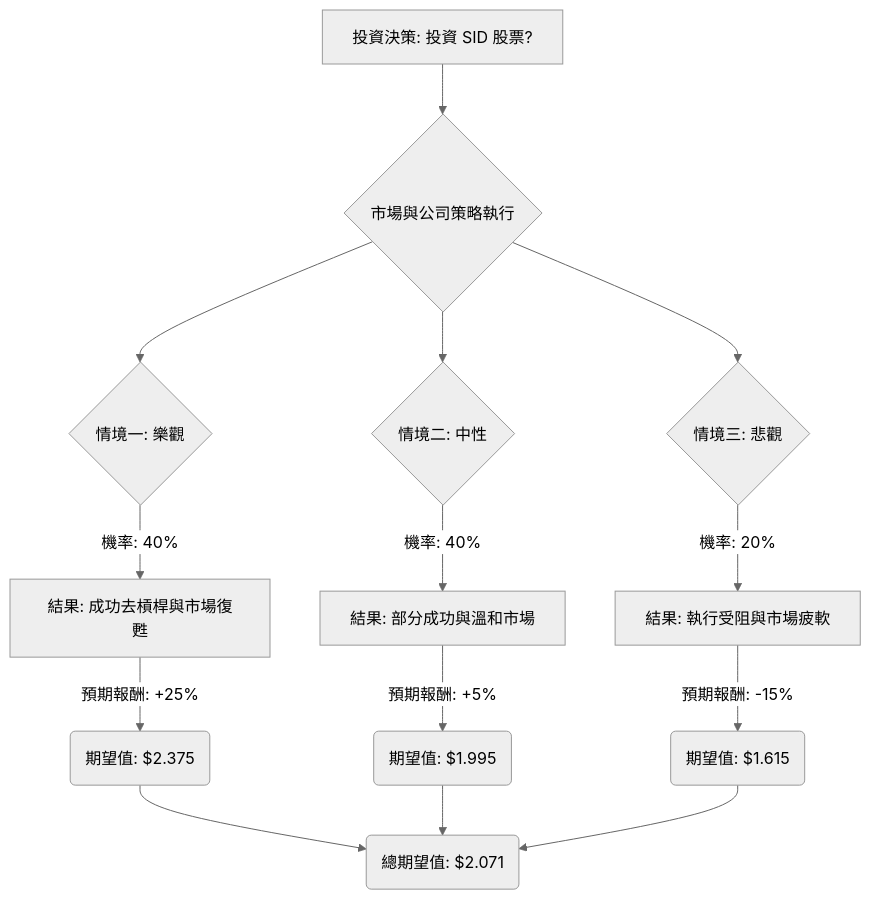
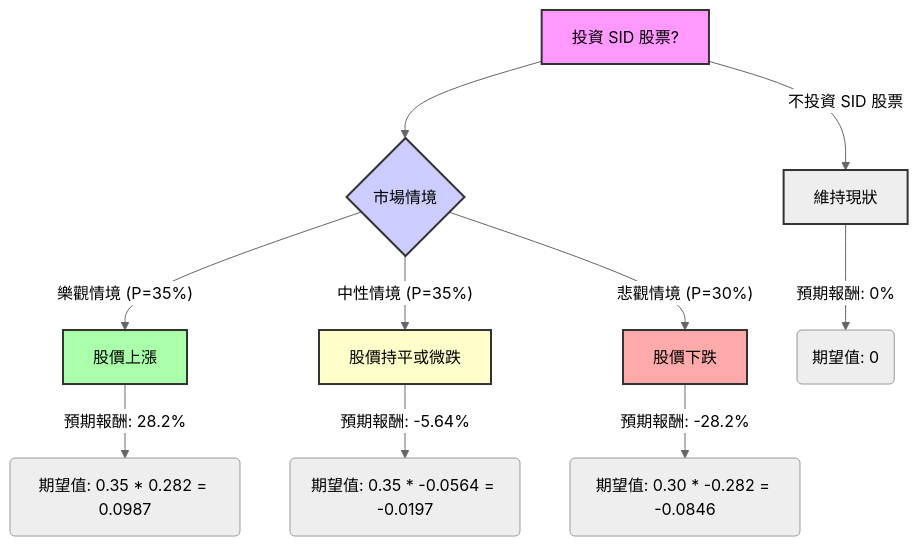
One commit to zmcx16/zmcx16.github.io changed the diagram in plugin-react/ai-analysis/ev-analysis/SID.md. Above: the diagram before and after it, drawn with Mermaid (neutral theme). The commit also changed other lines of this file and 78 other files, not shown here.

````diff
--- a/plugin-react/ai-analysis/ev-analysis/SID.md
+++ b/plugin-react/ai-analysis/ev-analysis/SID.md
@@ -28,20 +52,19 @@
 ```mermaid
 graph TD
-    A[投資決策: 投資 SID 股票?] --> B{市場與公司策略執行}
+    A[投資 SID 股票?] --> B{市場情境};
+    B -- 樂觀情境 (P=35%) --> C[股價上漲];
+    C -- 預期報酬: 28.2% --> C1(期望值: 0.35 * 0.282 = 0.0987);
+    B -- 中性情境 (P=35%) --> D[股價持平或微跌];
+    D -- 預期報酬: -5.64% --> D1(期望值: 0.35 * -0.0564 = -0.0197);
+    B -- 悲觀情境 (P=30%) --> E[股價下跌];
+    E -- 預期報酬: -28.2% --> E1(期望值: 0.30 * -0.282 = -0.0846);
+    A -- 不投資 SID 股票 --> F[維持現狀];
+    F -- 預期報酬: 0% --> F1(期望值: 0);
 
-    B --> C1{情境一: 樂觀}
-    C1 -- 機率: 40% --> D1[結果: 成功去槓桿與市場復甦]
-    D1 -- 預期報酬: +25% --> E1(期望值: $2.375)
-
-    B --> C2{情境二: 中性}
-    C2 -- 機率: 40% --> D2[結果: 部分成功與溫和市場]
-    D2 -- 預期報酬: +5% --> E2(期望值: $1.995)
-
-    B --> C3{情境三: 悲觀}
-    C3 -- 機率: 20% --> D3[結果: 執行受阻與市場疲軟]
-    D3 -- 預期報酬: -15% --> E3(期望值: $1.615)
-
-    E1 --> F(總期望值: $2.071)
-    E2 --> F
-    E3 --> F
+    style A fill:#f9f,stroke:#333,stroke-width:2px
+    style B fill:#ccf,stroke:#333,stroke-width:2px
+    style C fill:#afa,stroke:#333,stroke-width:2px
+    style D fill:#ffc,stroke:#333,stroke-width:2px
+    style E fill:#faa,stroke:#333,stroke-width:2px
+    style F fill:#eee,stroke:#333,stroke-width:2px
 ```
````
